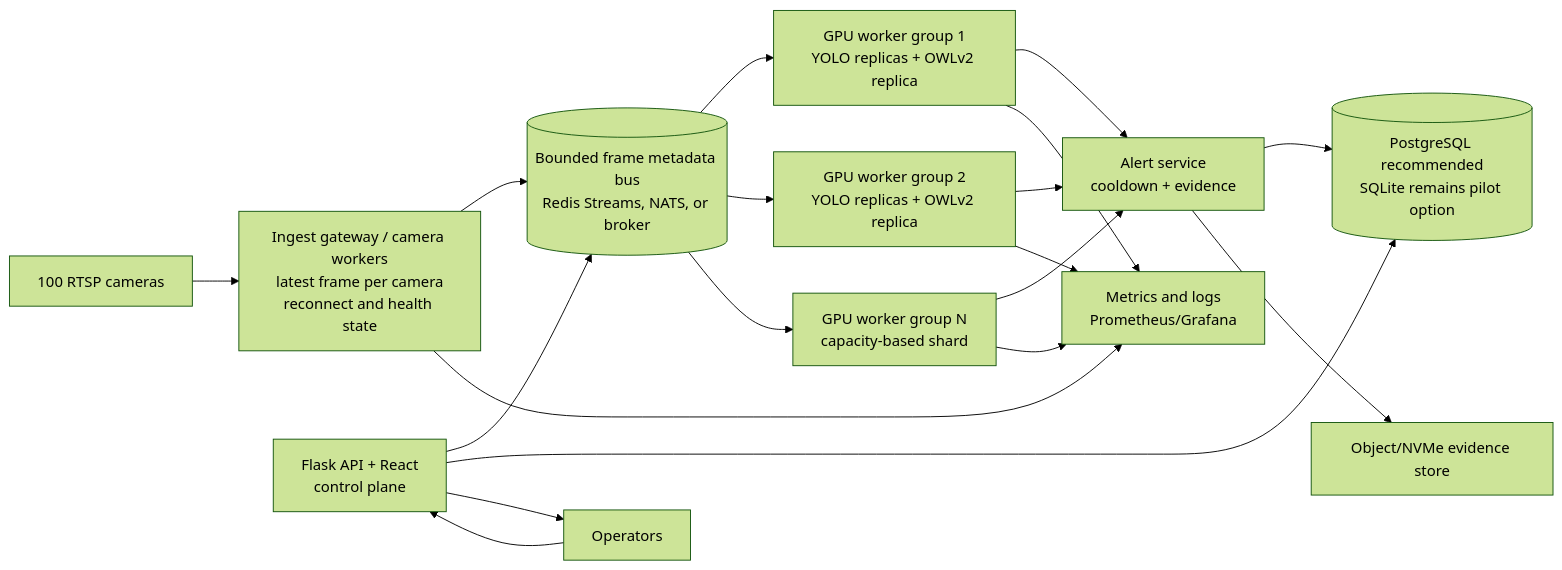
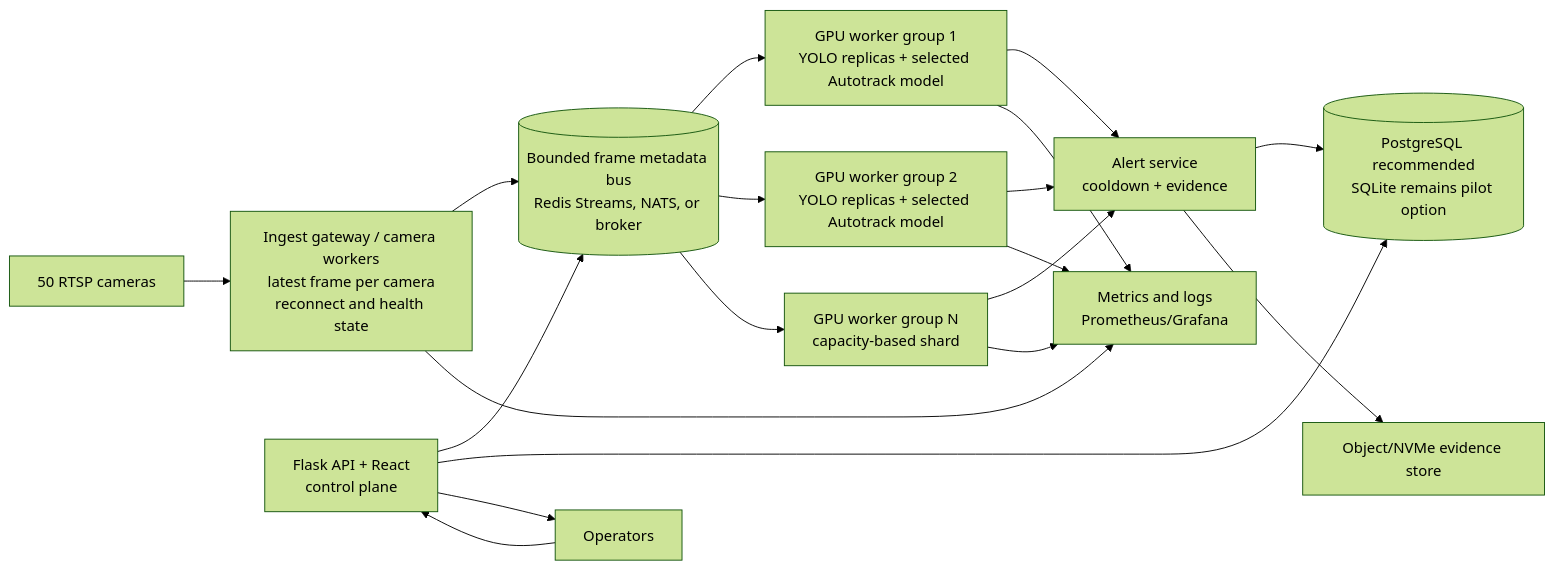
Before and after one commit to katzByte007/Product-: the eighth of 8 diagrams in ARCHITECTURE.md, drawn with Mermaid (forest theme). The commit also changed other lines of this file and 11 other files, not shown here.

Commit message:
Architectural improvements for revised roadmap

````diff
--- a/ARCHITECTURE.md
+++ b/ARCHITECTURE.md
@@ -350,34 +350,34 @@
 ```mermaid
 flowchart LR
-    Cameras[100 RTSP cameras]
+    Cameras[50 RTSP cameras]
     Ingest[Ingest gateway / camera workers\nlatest frame per camera\nreconnect and health state]
     Bus[(Bounded frame metadata bus\nRedis Streams, NATS, or broker)]
     API[Flask API + React\ncontrol plane]
     DB[(PostgreSQL recommended\nSQLite remains pilot option)]
-    S1[GPU worker group 1\nYOLO replicas + OWLv2 replica]
-    S2[GPU worker group 2\nYOLO replicas + OWLv2 replica]
+    S1[GPU worker group 1\nYOLO replicas + selected Autotrack model]
+    S2[GPU worker group 2\nYOLO replicas + selected Autotrack model]
     S3[GPU worker group N\ncapacity-based shard]
     Alerts[Alert service\ncooldown + evidence]
     Store[Object/NVMe evidence store]
     Metrics[Metrics and logs\nPrometheus/Grafana]
     Browser[Operators]
 
     Cameras --> Ingest
     Ingest --> Bus
     API --> Bus
     Bus --> S1
     Bus --> S2
     Bus --> S3
     API --> DB
     S1 --> Alerts
     S2 --> Alerts
     S3 --> Alerts
     Alerts --> DB
     Alerts --> Store
     S1 --> Metrics
     S2 --> Metrics
     S3 --> Metrics
     Ingest --> Metrics
     Browser --> API
     API --> Browser
 ```
````
